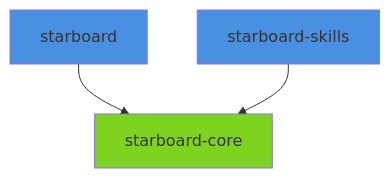
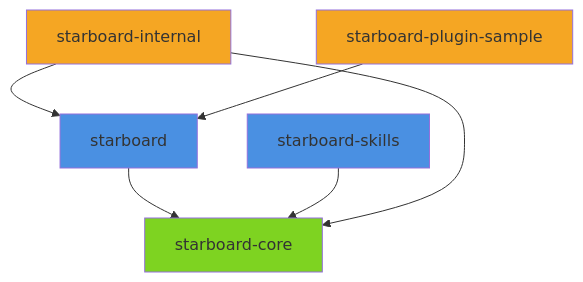
One commit to bluewatersql/starboard changed the diagram in docs/integration/PACKAGE_INTEGRATION.md. Above: the diagram before and after it, drawn with Mermaid. The commit also changed other lines of this file and 81 other files, not shown here.

````diff
--- a/docs/integration/PACKAGE_INTEGRATION.md
+++ b/docs/integration/PACKAGE_INTEGRATION.md
@@ -42,9 +46,14 @@
 ```mermaid
 graph TD
     SRV[starboard] --> CORE[starboard-core]
     SKL[starboard-skills] --> CORE
+    INT[starboard-internal] --> SRV
+    INT --> CORE
+    PLG[starboard-plugin-sample] --> SRV
 
     style CORE fill:#7ED321
     style SRV fill:#4A90E2
     style SKL fill:#4A90E2
+    style INT fill:#F5A623
+    style PLG fill:#F5A623
 ```
````
